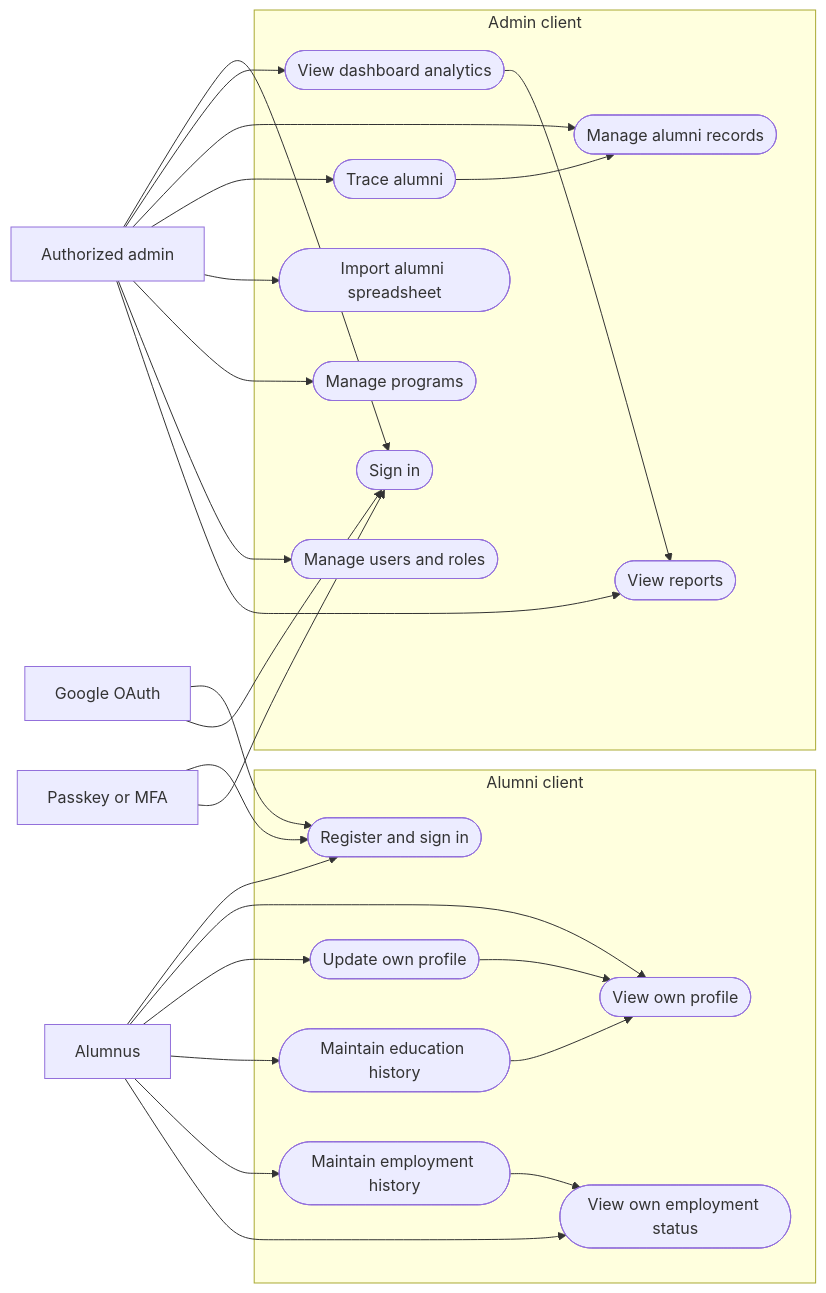
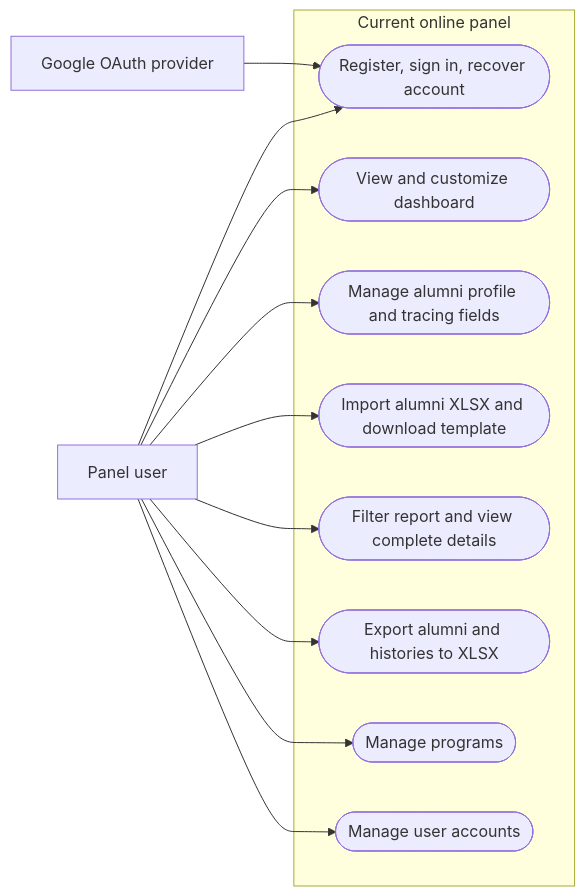
Before and after one commit to zrlldy/alumni-tracer: the first of 4 diagrams in object-modeling.md, drawn with Mermaid. The commit also changed other lines of this file and 19 other files, not shown here.

Commit message:
added the alumni data report export page

````diff
--- a/object-modeling.md
+++ b/object-modeling.md
@@ -27,51 +30,24 @@
 ```mermaid
 flowchart LR
-    alumnus[Alumnus]
-    admin[Authorized admin]
-    google[Google OAuth]
-    authenticator[Passkey or MFA]
-
-    subgraph alumni_client[Alumni client]
-        alumni_login([Register and sign in])
-        alumni_profile([View own profile])
-        alumni_update([Update own profile])
-        alumni_education([Maintain education history])
-        alumni_employment([Maintain employment history])
-        alumni_status([View own employment status])
+    U[Panel user]
+    G[Google OAuth provider]
+    subgraph P[Current online panel]
+        A([Register, sign in, recover account])
+        D([View and customize dashboard])
+        C([Manage alumni profile and tracing fields])
+        I([Import alumni XLSX and download template])
+        R([Filter report and view complete details])
+        X([Export alumni and histories to XLSX])
+        PR([Manage programs])
+        US([Manage user accounts])
     end
-
-    subgraph admin_client[Admin client]
-        admin_login([Sign in])
-        admin_dashboard([View dashboard analytics])
-        admin_alumni([Manage alumni records])
-        admin_trace([Trace alumni])
-        admin_import([Import alumni spreadsheet])
-        admin_programs([Manage programs])
-        admin_users([Manage users and roles])
-        admin_reports([View reports])
-    end
-
-    alumnus --> alumni_login
-    alumnus --> alumni_profile
-    alumnus --> alumni_update
-    alumnus --> alumni_education
-    alumnus --> alumni_employment
-    alumnus --> alumni_status
-    admin --> admin_login
-    admin --> admin_dashboard
-    admin --> admin_alumni
-    admin --> admin_trace
-    admin --> admin_import
-    admin --> admin_programs
-    admin --> admin_users
-    admin --> admin_reports
-    google --> alumni_login
-    google --> admin_login
-    authenticator --> alumni_login
-    authenticator --> admin_login
-    alumni_update --> alumni_profile
-    alumni_education --> alumni_profile
-    alumni_employment --> alumni_status
-    admin_trace --> admin_alumni
-    admin_dashboard --> admin_reports
+    U --> A
+    U --> D
+    U --> C
+    U --> I
+    U --> R
+    U --> X
+    U --> PR
+    U --> US
+    G --> A
 ```
````
